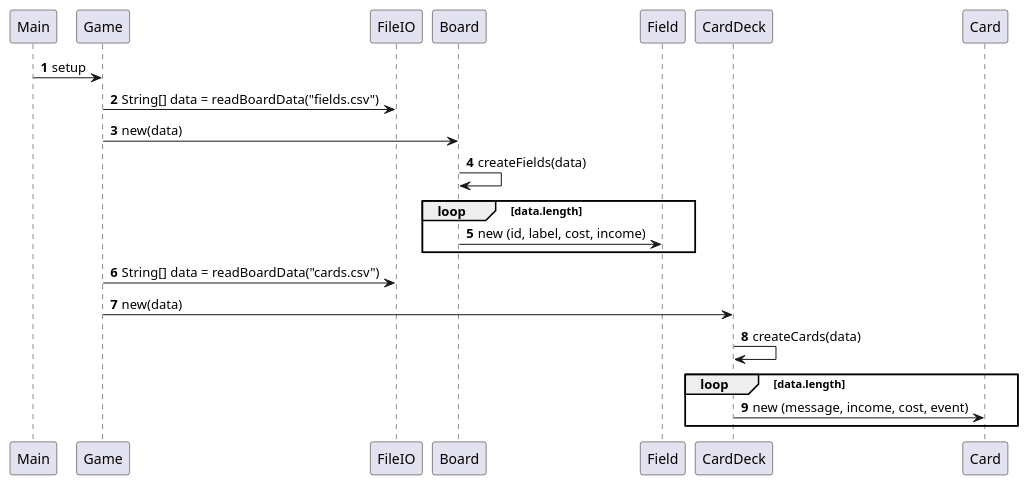
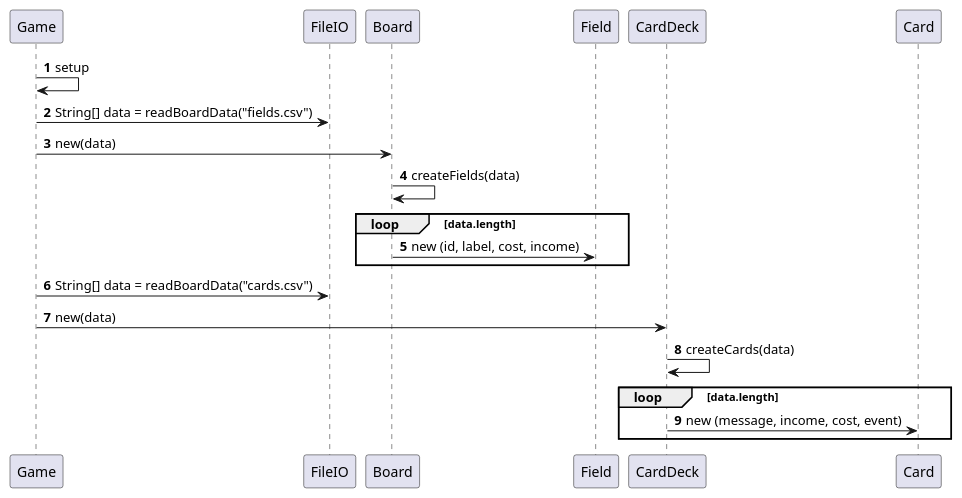
The diagram in doc/plan/sequence_3_buildBoard.puml (Dat1Cphbusiness/MonopolyE24), drawn with PlantUML before and after one commit. The commit also changed 2 other files, not shown here.

```diff
--- a/doc/plan/sequence_3_buildBoard.puml
+++ b/doc/plan/sequence_3_buildBoard.puml
@@ -1,22 +1,22 @@
 @startuml
 'https://plantuml.com/sequence-diagram
 
 autonumber
-Main -> Game: setup
+Game -> Game: setup
 Game -> FileIO: String[] data = readBoardData("fields.csv")
 
 Game -> Board : new(data)
 Board -> Board : createFields(data)
 
 loop data.length
 Board -> Field : new (id, label, cost, income)
 end
 Game -> FileIO: String[] data = readBoardData("cards.csv")
 
 Game -> CardDeck : new(data)
 CardDeck -> CardDeck : createCards(data)
 
 loop data.length
 CardDeck -> Card : new (message, income, cost, event)
 end
 @enduml
```
